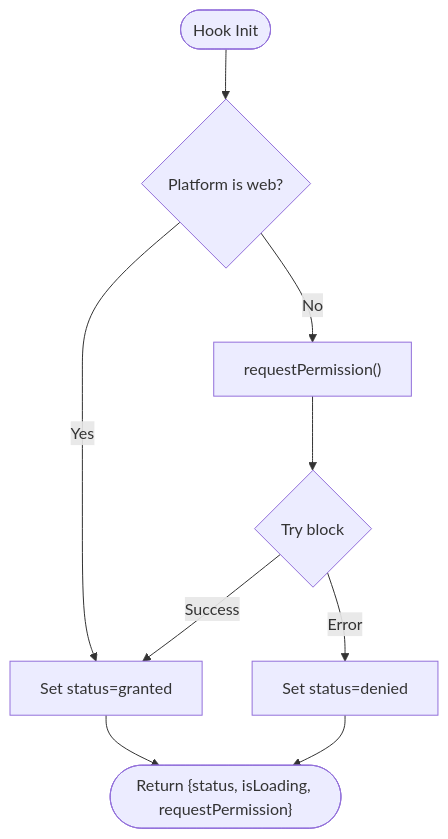
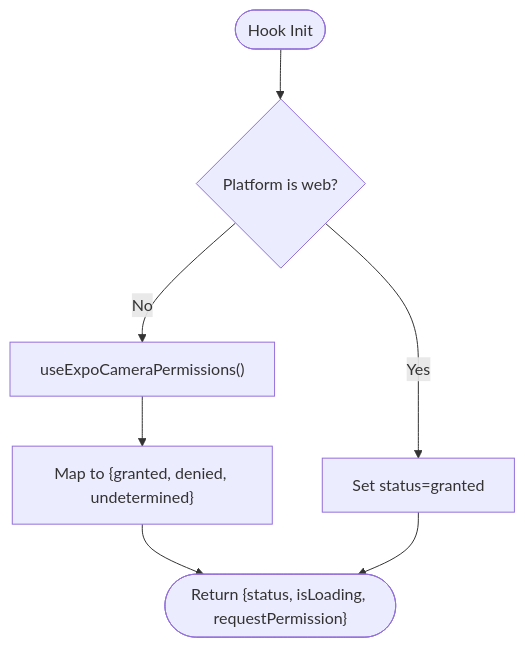
Before and after one commit to AdeelTahir-SE/DermSight: the third of 9 diagrams in .qoder/repowiki/en/content/Camera Integration.md, drawn with Mermaid. The commit also changed other lines of this file and 18 other files, not shown here.

First line of the commit message:
feat(camera): implement production-ready expo-camera integration with real-time preview

````diff
--- a/.qoder/repowiki/en/content/Camera Integration.md
+++ b/.qoder/repowiki/en/content/Camera Integration.md
@@ -128,11 +138,9 @@
 ```mermaid
 flowchart TD
 Start(["Hook Init"]) --> CheckPlatform{"Platform is web?"}
 CheckPlatform --> |Yes| SetGranted["Set status=granted"]
-CheckPlatform --> |No| Request["requestPermission()"]
-Request --> TryBlock{"Try block"}
-TryBlock --> |Success| SetGranted
-TryBlock --> |Error| SetDenied["Set status=denied"]
-SetGranted --> End(["Return {status, isLoading, requestPermission}"])
-SetDenied --> End
+CheckPlatform --> |No| UseExpo["useExpoCameraPermissions()"]
+UseExpo --> MapStatus["Map to {granted, denied, undetermined}"]
+MapStatus --> End(["Return {status, isLoading, requestPermission}"])
+SetGranted --> End
 ```
````
